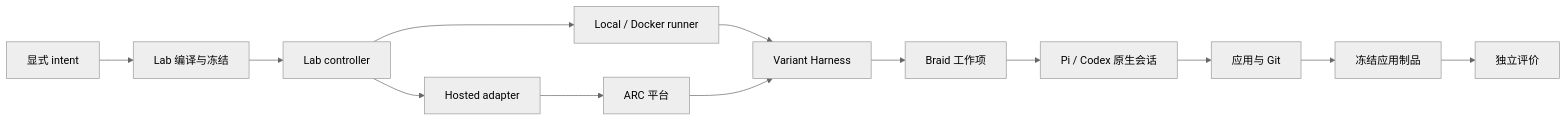
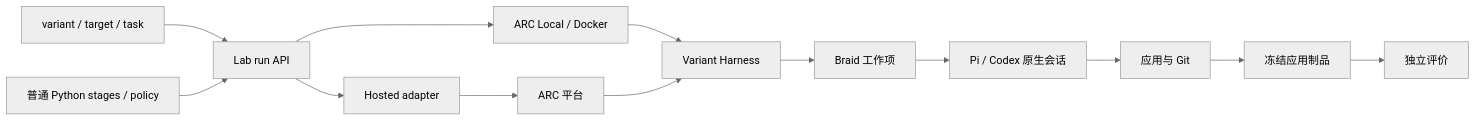
One commit to xiaoland/gosim-factory26 changed the diagram in docs/product-tdd/index.md. Above: the diagram before and after it, drawn with Mermaid (neutral theme). The commit also changed other lines of this file and 17 other files, not shown here.

````diff
--- a/docs/product-tdd/index.md
+++ b/docs/product-tdd/index.md
@@ -28,15 +29,15 @@
 ```mermaid
 flowchart LR
-  Intent[显式 intent] --> Compile[Lab 编译与冻结]
-  Compile --> Controller[Lab controller]
-  Controller --> Local[Local / Docker runner]
-  Controller --> Hosted[Hosted adapter]
+  CLI[variant / target / task] --> Run[Lab run API]
+  Python[普通 Python stages / policy] --> Run
+  Run --> Local[ARC Local / Docker]
+  Run --> Hosted[Hosted adapter]
   Local --> Harness[Variant Harness]
   Hosted --> Platform[ARC 平台]
   Platform --> Harness
   Harness --> Braid[Braid 工作项]
   Braid --> Native[Pi / Codex 原生会话]
   Native --> App[应用与 Git]
   App --> Frozen[冻结应用制品]
   Frozen --> Eval[独立评价]
 ```
````
